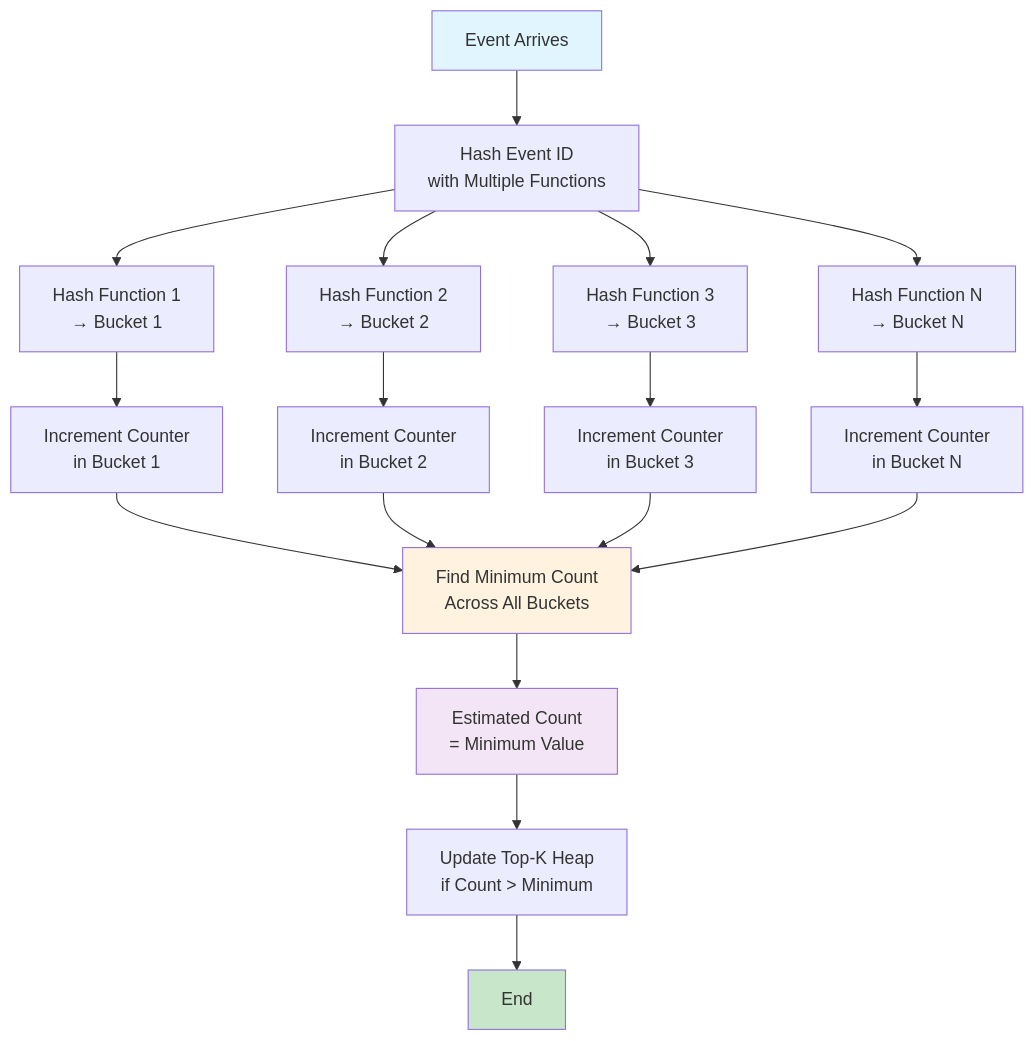
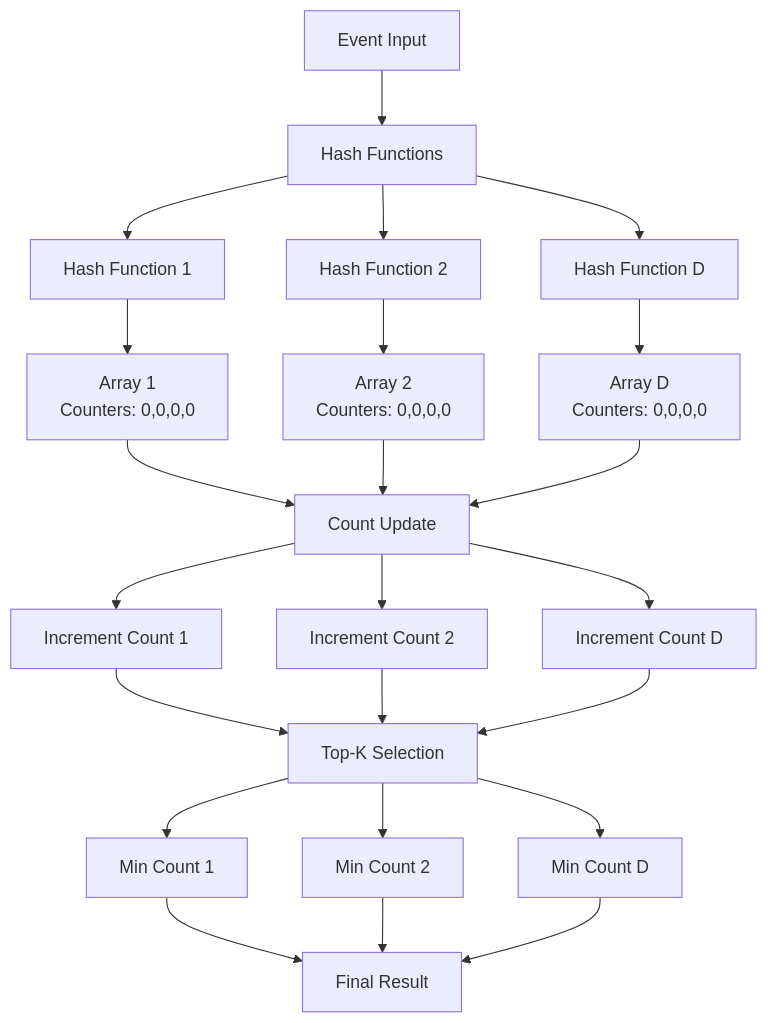
The sixth of 16 diagrams in README.md (rmjamd/android-chatting-and-posting-application), drawn with Mermaid before and after one commit. The commit also changed other lines of this file, not shown here.

````diff
--- a/README.md
+++ b/README.md
@@ -1043,30 +516,32 @@
 ```mermaid
-flowchart TD
-    START[Event Arrives] --> HASH[Hash Event ID<br/>with Multiple Functions]
+graph TD
+    EI[Event Input] --> HF[Hash Functions]
     
-    HASH --> BUCKET1[Hash Function 1<br/>→ Bucket 1]
-    HASH --> BUCKET2[Hash Function 2<br/>→ Bucket 2]
-    HASH --> BUCKET3[Hash Function 3<br/>→ Bucket 3]
-    HASH --> BUCKETN[Hash Function N<br/>→ Bucket N]
+    HF --> HF1[Hash Function 1]
+    HF --> HF2[Hash Function 2]
+    HF --> HFD[Hash Function D]
     
-    BUCKET1 --> INCREMENT1[Increment Counter<br/>in Bucket 1]
-    BUCKET2 --> INCREMENT2[Increment Counter<br/>in Bucket 2]
-    BUCKET3 --> INCREMENT3[Increment Counter<br/>in Bucket 3]
-    BUCKETN --> INCREMENTN[Increment Counter<br/>in Bucket N]
+    HF1 --> A1["Array 1<br/>Counters: 0,0,0,0"]
+    HF2 --> A2["Array 2<br/>Counters: 0,0,0,0"]
+    HFD --> AD["Array D<br/>Counters: 0,0,0,0"]
     
-    INCREMENT1 --> MIN[Find Minimum Count<br/>Across All Buckets]
-    INCREMENT2 --> MIN
-    INCREMENT3 --> MIN
-    INCREMENTN --> MIN
+    A1 --> CU[Count Update]
+    A2 --> CU
+    AD --> CU
     
-    MIN --> ESTIMATE[Estimated Count<br/>= Minimum Value]
+    CU --> IC1[Increment Count 1]
+    CU --> IC2[Increment Count 2]
+    CU --> ICD[Increment Count D]
     
-    ESTIMATE --> TOPK[Update Top-K Heap<br/>if Count > Minimum]
+    IC1 --> TKS[Top-K Selection]
+    IC2 --> TKS
+    ICD --> TKS
     
-    TOPK --> END[End]
+    TKS --> MC1[Min Count 1]
+    TKS --> MC2[Min Count 2]
+    TKS --> MCD[Min Count D]
     
-    style START fill:#e1f5fe
-    style END fill:#c8e6c9
-    style MIN fill:#fff3e0
-    style ESTIMATE fill:#f3e5f5
+    MC1 --> RESULT[Final Result]
+    MC2 --> RESULT
+    MCD --> RESULT
 ```
````
